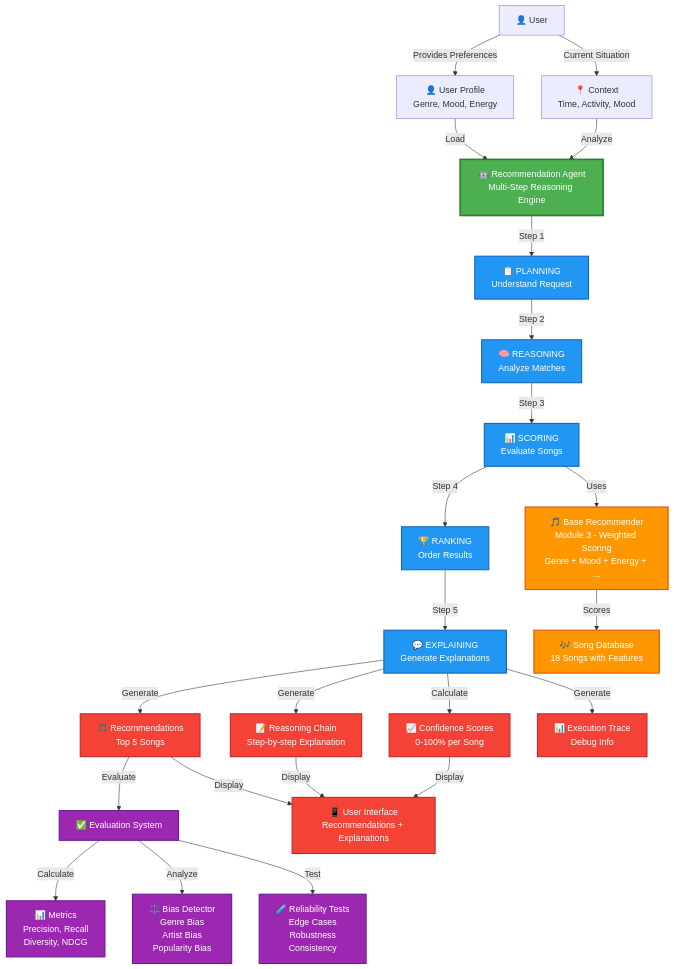
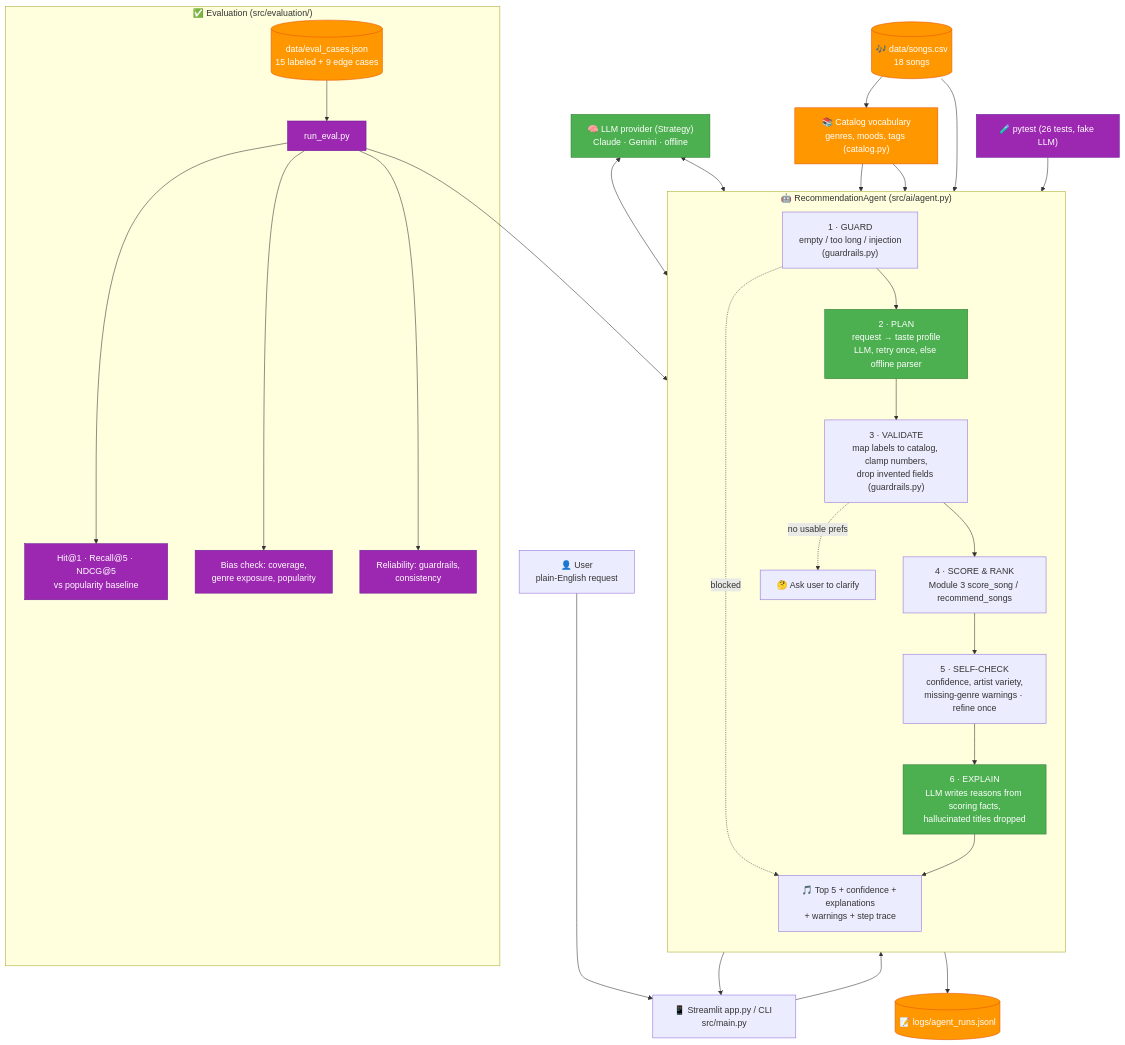
The diagram in diagrams/architecture.mmd (zloy-bobr/applied-ai-system-project), drawn with Mermaid before and after one commit. The commit also changed 29 other files, not shown here.

First line of the commit message:
Add AI agent: natural-language requests, guardrails, confidence, evaluation harness

```diff
--- a/diagrams/architecture.mmd
+++ b/diagrams/architecture.mmd
@@ -1,75 +1,43 @@
-graph TD
-    %% User Input
-    User["👤 User"]
-    Profile["👤 User Profile<br/>Genre, Mood, Energy"]
-    Context["📍 Context<br/>Time, Activity, Mood"]
+flowchart TD
+    User["👤 User<br/>plain-English request"] --> UI["📱 Streamlit app.py / CLI src/main.py"]
+    UI --> Agent
 
-    %% Input Processing
-    User -->|Provides Preferences| Profile
-    User -->|Current Situation| Context
+    subgraph Agent["🤖 RecommendationAgent (src/ai/agent.py)"]
+        direction TB
+        G["1 · GUARD<br/>empty / too long / injection<br/>(guardrails.py)"]
+        P["2 · PLAN<br/>request → taste profile<br/>LLM, retry once, else offline parser"]
+        V["3 · VALIDATE<br/>map labels to catalog, clamp numbers,<br/>drop invented fields (guardrails.py)"]
+        S["4 · SCORE & RANK<br/>Module 3 score_song / recommend_songs"]
+        C["5 · SELF-CHECK<br/>confidence, artist variety,<br/>missing-genre warnings · refine once"]
+        E["6 · EXPLAIN<br/>LLM writes reasons from scoring facts,<br/>hallucinated titles dropped"]
+        G --> P --> V --> S --> C --> E
+        G -. blocked .-> Out
+        V -. no usable prefs .-> Clarify["🤔 Ask user to clarify"]
+    end
 
-    %% Main Agent
-    Agent["🤖 Recommendation Agent<br/>Multi-Step Reasoning Engine"]
-    Profile -->|Load| Agent
-    Context -->|Analyze| Agent
+    LLM["🧠 LLM provider (Strategy)<br/>Claude · Gemini · offline"] <--> P
+    LLM <--> E
+    Vocab["📚 Catalog vocabulary<br/>genres, moods, tags (catalog.py)"] --> P
+    Vocab --> V
+    Songs[("🎶 data/songs.csv<br/>18 songs")] --> Vocab
+    Songs --> S
 
-    %% Agent Steps
-    Planning["📋 PLANNING<br/>Understand Request"]
-    Reasoning["🧠 REASONING<br/>Analyze Matches"]
-    Scoring["📊 SCORING<br/>Evaluate Songs"]
-    Ranking["🏆 RANKING<br/>Order Results"]
-    Explaining["💬 EXPLAINING<br/>Generate Explanations"]
+    E --> Out["🎵 Top 5 + confidence + explanations<br/>+ warnings + step trace"]
+    Out --> UI
+    Agent --> Log[("📝 logs/agent_runs.jsonl")]
 
-    Agent -->|Step 1| Planning
-    Planning -->|Step 2| Reasoning
-    Reasoning -->|Step 3| Scoring
-    Scoring -->|Step 4| Ranking
-    Ranking -->|Step 5| Explaining
+    subgraph Eval["✅ Evaluation (src/evaluation/)"]
+        Cases[("data/eval_cases.json<br/>15 labeled + 9 edge cases")] --> Harness["run_eval.py"]
+        Harness --> Metrics["Hit@1 · Recall@5 · NDCG@5<br/>vs popularity baseline"]
+        Harness --> Bias["Bias check: coverage,<br/>genre exposure, popularity"]
+        Harness --> Rel["Reliability: guardrails,<br/>consistency"]
+    end
+    Harness --> Agent
+    Tests["🧪 pytest (26 tests, fake LLM)"] --> Agent
 
-    %% Core Components
-    BaseScorer["🎵 Base Recommender<br/>Module 3 - Weighted Scoring<br/>Genre + Mood + Energy + ..."]
-    Songs["🎶 Song Database<br/>18 Songs with Features"]
-
-    Scoring -->|Uses| BaseScorer
-    BaseScorer -->|Scores| Songs
-
-    %% Output
-    Recommendations["🎵 Recommendations<br/>Top 5 Songs"]
-    ReasoningChain["📝 Reasoning Chain<br/>Step-by-step Explanation"]
-    Confidence["📈 Confidence Scores<br/>0-100% per Song"]
-    Trace["📊 Execution Trace<br/>Debug Info"]
-
-    Explaining -->|Generate| Recommendations
-    Explaining -->|Generate| ReasoningChain
-    Explaining -->|Calculate| Confidence
-    Explaining -->|Generate| Trace
-
-    %% Evaluation System
-    Evaluation["✅ Evaluation System"]
-    Metrics["📊 Metrics<br/>Precision, Recall<br/>Diversity, NDCG"]
-    BiasDetector["⚖️ Bias Detector<br/>Genre Bias<br/>Artist Bias<br/>Popularity Bias"]
-    ReliabilityTester["🧪 Reliability Tests<br/>Edge Cases<br/>Robustness<br/>Consistency"]
-
-    Recommendations -->|Evaluate| Evaluation
-    Evaluation -->|Calculate| Metrics
-    Evaluation -->|Analyze| BiasDetector
-    Evaluation -->|Test| ReliabilityTester
-
-    %% Output Display
-    Output["📱 User Interface<br/>Recommendations + Explanations"]
-    Recommendations -->|Display| Output
-    ReasoningChain -->|Display| Output
-    Confidence -->|Display| Output
-
-    %% Styling
-    classDef agent fill:#4CAF50,stroke:#2E7D32,color:#fff,stroke-width:3px
-    classDef component fill:#2196F3,stroke:#1565C0,color:#fff,stroke-width:2px
-    classDef data fill:#FF9800,stroke:#E65100,color:#fff,stroke-width:2px
-    classDef evaluation fill:#9C27B0,stroke:#6A1B9A,color:#fff,stroke-width:2px
-    classDef output fill:#F44336,stroke:#C62828,color:#fff,stroke-width:2px
-
-    class Agent agent
-    class Planning,Reasoning,Scoring,Ranking,Explaining component
-    class BaseScorer,Songs data
-    class Metrics,BiasDetector,ReliabilityTester,Evaluation evaluation
-    class Output,Recommendations,ReasoningChain,Confidence,Trace output
+    classDef ai fill:#4CAF50,stroke:#2E7D32,color:#fff
+    classDef data fill:#FF9800,stroke:#E65100,color:#fff
+    classDef eval fill:#9C27B0,stroke:#6A1B9A,color:#fff
+    class P,E,LLM ai
+    class Songs,Vocab,Cases,Log data
+    class Harness,Metrics,Bias,Rel,Tests eval
```
